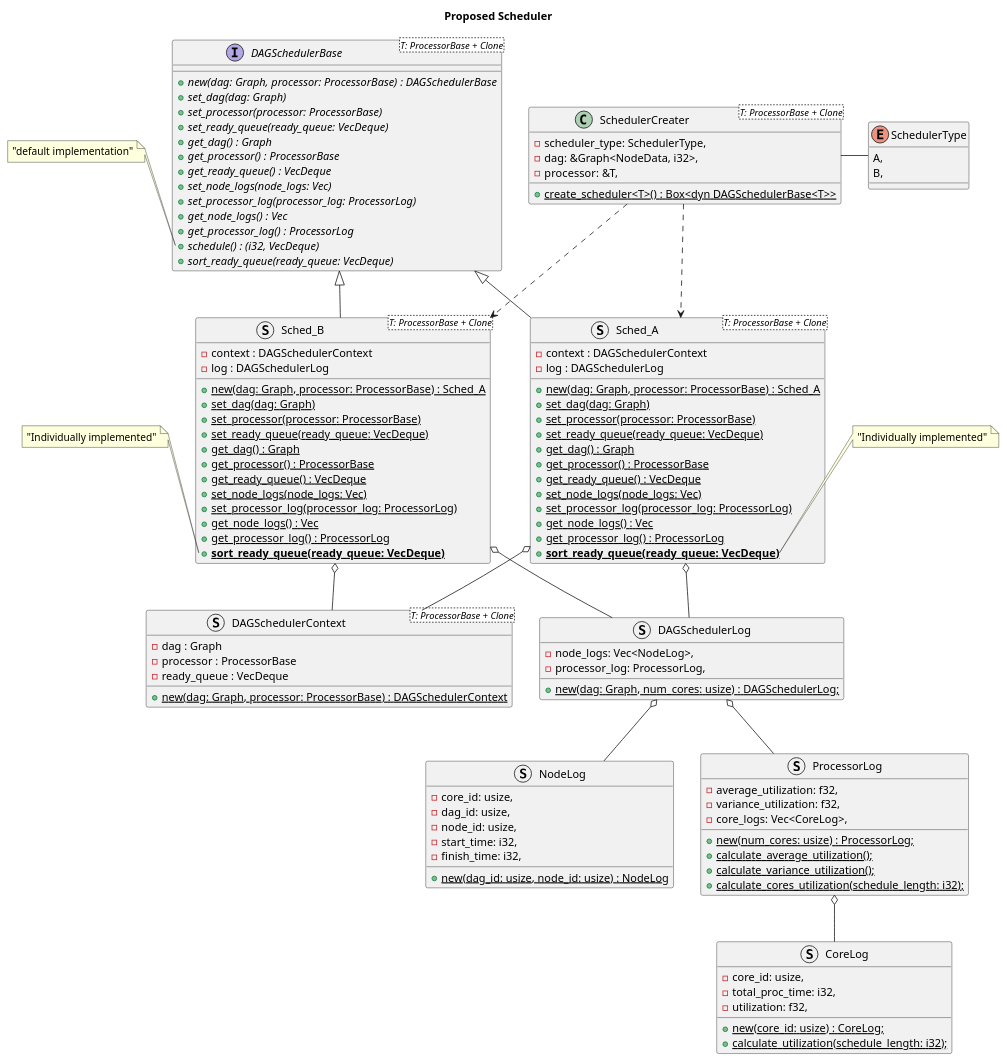
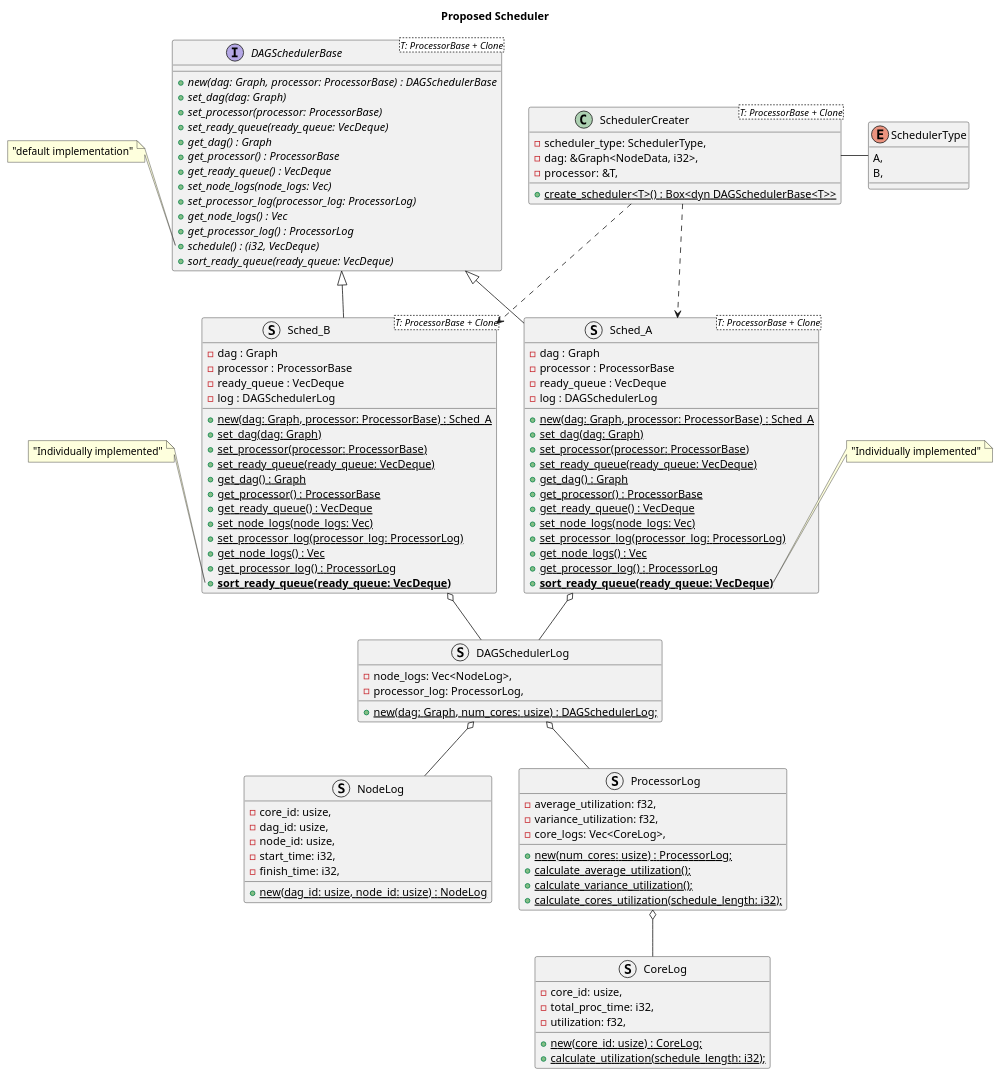
Before and after one commit to emb4-team/sched_sim_rust: the diagram in UML/propose_shced.pu, drawn with PlantUML.

Commit message:
UML : update

```diff
--- a/UML/propose_shced.pu
+++ b/UML/propose_shced.pu
@@ -1,140 +1,135 @@
 @startuml proposed_sched
 title Proposed Scheduler
 
     interface DAGSchedulerBase<T: ProcessorBase + Clone> {
         + {abstract} new(dag: Graph, processor: ProcessorBase) : DAGSchedulerBase
         + {abstract} set_dag(dag: Graph)
         + {abstract} set_processor(processor: ProcessorBase)
         + {abstract} set_ready_queue(ready_queue: VecDeque)
         + {abstract} get_dag() : Graph
         + {abstract} get_processor() : ProcessorBase
         + {abstract} get_ready_queue() : VecDeque
         + {abstract} set_node_logs(node_logs: Vec)
         + {abstract} set_processor_log(processor_log: ProcessorLog)
         + {abstract} get_node_logs() : Vec
         + {abstract} get_processor_log() : ProcessorLog
         + {abstract} schedule() : (i32, VecDeque)
         + {abstract} sort_ready_queue(ready_queue: VecDeque)
     }
 
     note left of DAGSchedulerBase::schedule
     "default implementation"
     end note
 
     class SchedulerCreater<T: ProcessorBase + Clone> {
         - scheduler_type: SchedulerType,
             - dag: &Graph<NodeData, i32>,
             - processor: &T,
         + {static} create_scheduler<T>() : Box<dyn DAGSchedulerBase<T>>
     }
 
     enum SchedulerType {
         A,
         B,
     }
 
     struct Sched_A<T: ProcessorBase + Clone> {
-        - context : DAGSchedulerContext
+        - dag : Graph
+        - processor : ProcessorBase
+        - ready_queue : VecDeque
         - log : DAGSchedulerLog
         + {static} new(dag: Graph, processor: ProcessorBase) : Sched_A
         + {static} set_dag(dag: Graph)
         + {static} set_processor(processor: ProcessorBase)
         + {static} set_ready_queue(ready_queue: VecDeque)
         + {static} get_dag() : Graph
         + {static} get_processor() : ProcessorBase
         + {static} get_ready_queue() : VecDeque
         + {static} set_node_logs(node_logs: Vec)
         + {static} set_processor_log(processor_log: ProcessorLog)
         + {static} get_node_logs() : Vec
         + {static} get_processor_log() : ProcessorLog
         + **{static} sort_ready_queue(ready_queue: VecDeque)**
     }
 
     note right of Sched_A::sort_ready_queue
     "Individually implemented"
     end note
 
     struct Sched_B<T: ProcessorBase + Clone> {
-        - context : DAGSchedulerContext
+        - dag : Graph
+        - processor : ProcessorBase
+        - ready_queue : VecDeque
         - log : DAGSchedulerLog
         + {static} new(dag: Graph, processor: ProcessorBase) : Sched_A
         + {static} set_dag(dag: Graph)
         + {static} set_processor(processor: ProcessorBase)
         + {static} set_ready_queue(ready_queue: VecDeque)
         + {static} get_dag() : Graph
         + {static} get_processor() : ProcessorBase
         + {static} get_ready_queue() : VecDeque
         + {static} set_node_logs(node_logs: Vec)
         + {static} set_processor_log(processor_log: ProcessorLog)
         + {static} get_node_logs() : Vec
         + {static} get_processor_log() : ProcessorLog
         + **{static} sort_ready_queue(ready_queue: VecDeque)**
     }
 
     note left of Sched_B::sort_ready_queue
     "Individually implemented"
     end note
-
-    struct DAGSchedulerContext<T: ProcessorBase + Clone> {
-        - dag : Graph
-        - processor : ProcessorBase
-        - ready_queue : VecDeque
-        + {static} new(dag: Graph, processor: ProcessorBase) : DAGSchedulerContext
-    }
 
     struct DAGSchedulerLog {
         - node_logs: Vec<NodeLog>,
         - processor_log: ProcessorLog,
 
         + {static} new(dag: Graph, num_cores: usize) : DAGSchedulerLog;
     }
 
     
     struct NodeLog {
         - core_id: usize,
         - dag_id: usize,
         - node_id: usize,
         - start_time: i32,
         - finish_time: i32,
 
         + {static} new(dag_id: usize, node_id: usize) : NodeLog
     }
 
     struct ProcessorLog {
         - average_utilization: f32,
         - variance_utilization: f32,
         - core_logs: Vec<CoreLog>,
 
         + {static} new(num_cores: usize) : ProcessorLog;
         + {static} calculate_average_utilization();
         + {static} calculate_variance_utilization();
         + {static} calculate_cores_utilization(schedule_length: i32);
     }
 
     struct CoreLog {
         - core_id: usize,
         - total_proc_time: i32,
         - utilization: f32,
 
         + {static} new(core_id: usize) : CoreLog;
         + {static} calculate_utilization(schedule_length: i32);
     }  
 
     DAGSchedulerBase <|-down- Sched_A
     DAGSchedulerBase <|-down- Sched_B
-    Sched_A o-down- DAGSchedulerContext
-    Sched_B o-down- DAGSchedulerContext
     Sched_A o-down- DAGSchedulerLog
     Sched_B o-down- DAGSchedulerLog
 
     DAGSchedulerLog o-down- NodeLog
     DAGSchedulerLog o-down- ProcessorLog
     ProcessorLog o-down- CoreLog
 
     SchedulerCreater -right- SchedulerType
     SchedulerCreater .down.> Sched_A
     SchedulerCreater .down.> Sched_B
 
     DAGSchedulerBase -right[hidden]- SchedulerCreater
 
 @enduml
```
